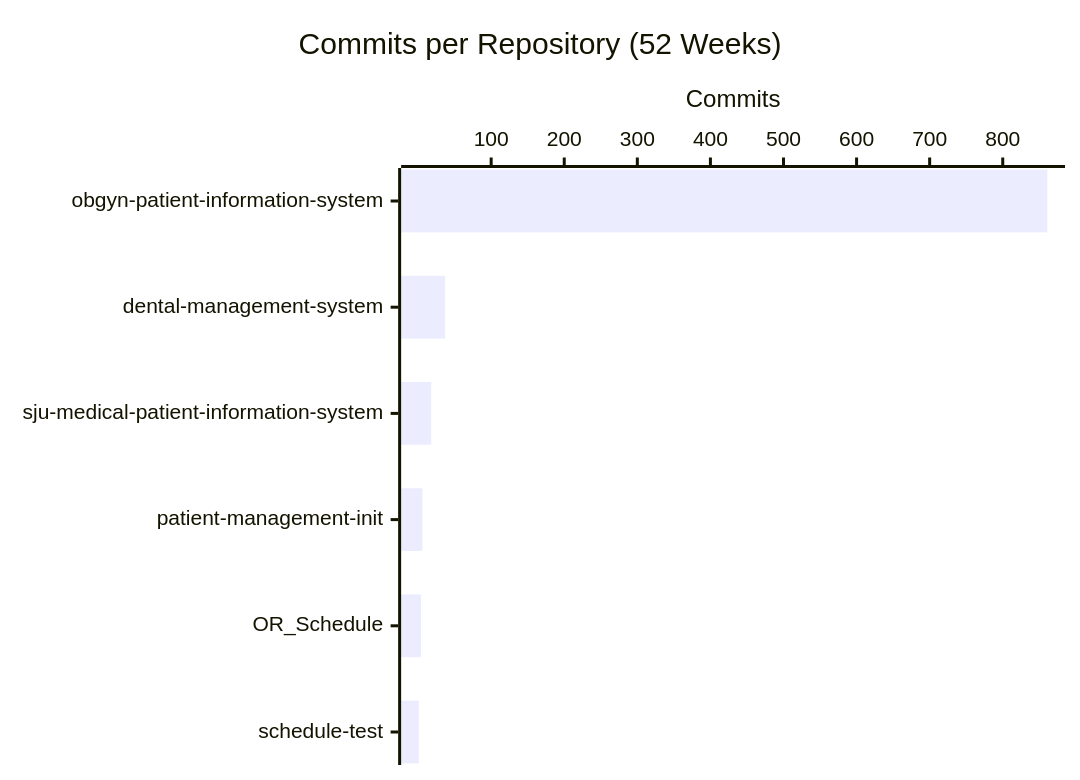
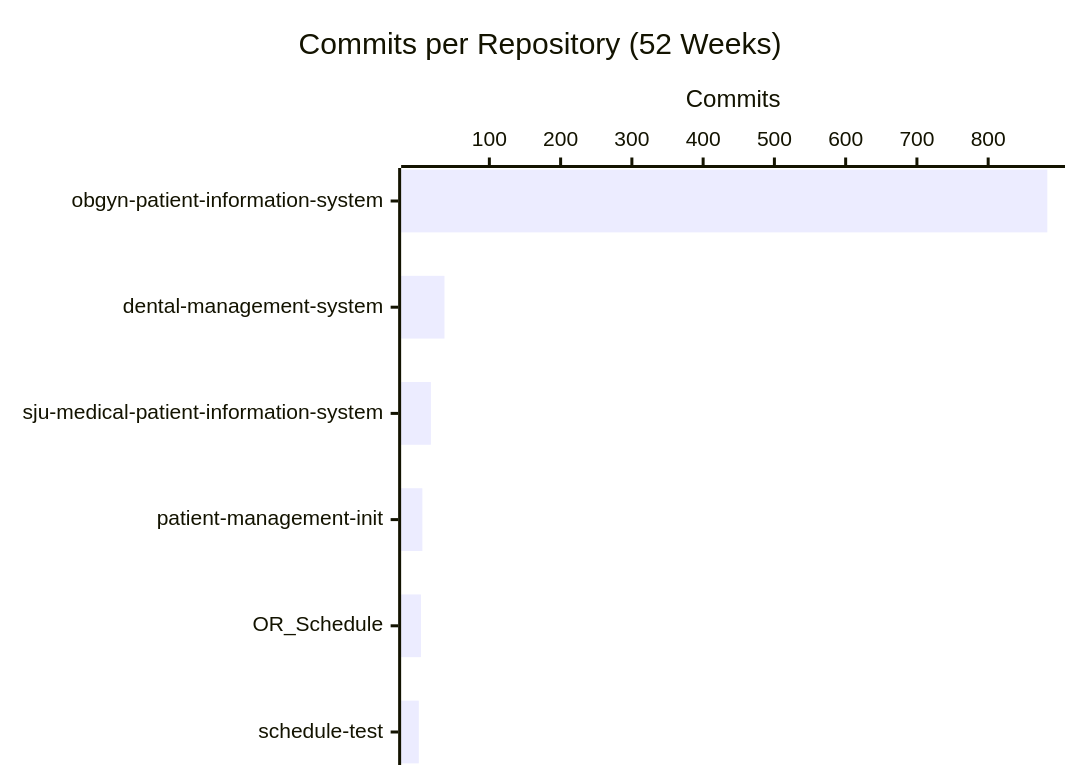
The second of 4 diagrams in profile/README.md (CSTH-Projects/.github), drawn with Mermaid before and after one commit. The commit also changed other lines of this file, not shown here.

````diff
--- a/profile/README.md
+++ b/profile/README.md
@@ -24,7 +24,7 @@
 ```mermaid
 xychart-beta horizontal
     title "Commits per Repository (52 Weeks)"
     x-axis ["obgyn-patient-information-system", "dental-management-system", "sju-medical-patient-information-system", "patient-management-init", "OR_Schedule", "schedule-test"]
     y-axis "Commits"
-    bar [861, 37, 18, 6, 4, 1]
+    bar [883, 37, 18, 6, 4, 1]
 ```
````
